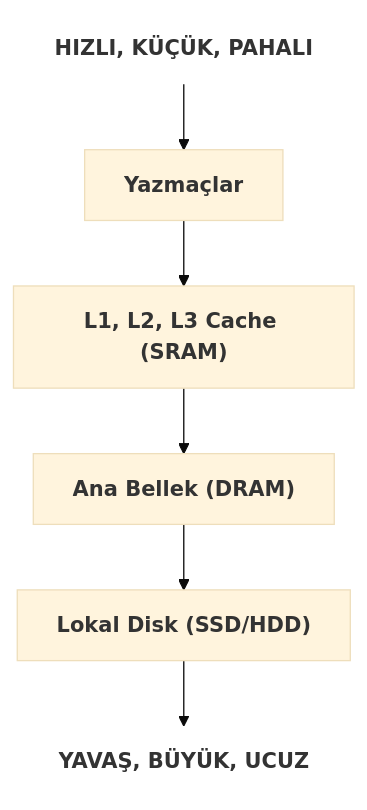
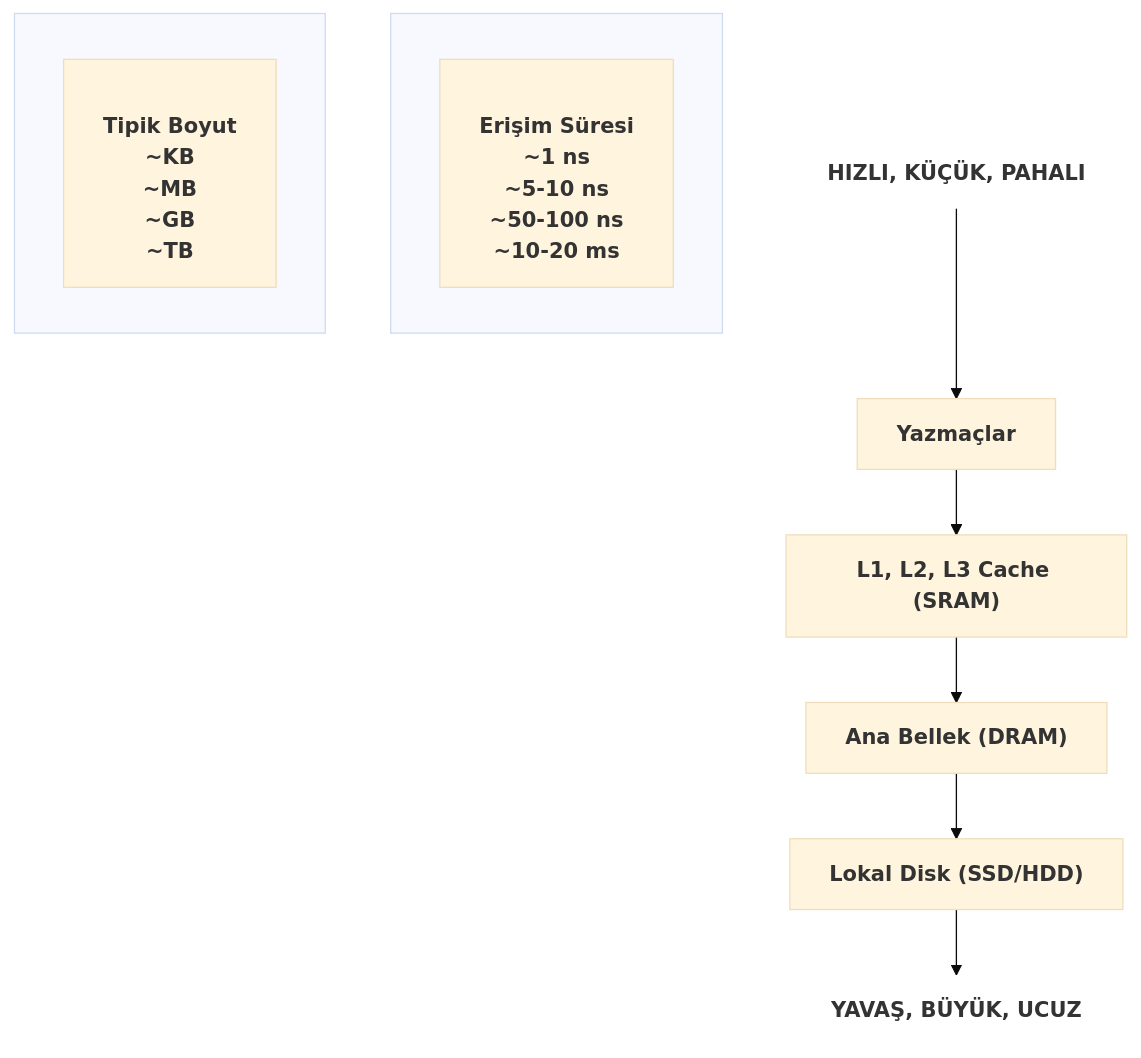
Before and after one commit to tozenbilek/tozenbilek.github.io: the first of 2 diagrams in system-programming/06-bellek-hiyerarsisi-ve-onbellekler.md, drawn with Mermaid (base theme). The commit also changed other lines of this file and 2 other files, not shown here.

````diff
--- a/system-programming/06-bellek-hiyerarsisi-ve-onbellekler.md
+++ b/system-programming/06-bellek-hiyerarsisi-ve-onbellekler.md
@@ -18,17 +18,28 @@
 ```mermaid
 graph TD
     A["HIZLI, KÜÇÜK, PAHALI"]:::label
     B["Yazmaçlar"]
     C["L1, L2, L3 Cache (SRAM)"]
     D["Ana Bellek (DRAM)"]
     E["Lokal Disk (SSD/HDD)"]
     F["YAVAŞ, BÜYÜK, UCUZ"]:::label
 
     A --> B
     B --> C
     C --> D
     D --> E
     E --> F
 
-    classDef label fill:none,stroke:none,font-weight:bold
+    subgraph " "
+        direction LR
+        Lat["<br><b>Erişim Süresi</b><br>~1 ns<br>~5-10 ns<br>~50-100 ns<br>~10-20 ms"]
+    end
+    
+    subgraph " "
+        direction LR
+        Size["<br><b>Tipik Boyut</b><br>~KB<br>~MB<br>~GB<br>~TB"]
+    end
+
+
+classDef label fill:none,stroke:none,font-weight:bold
 ```
````
